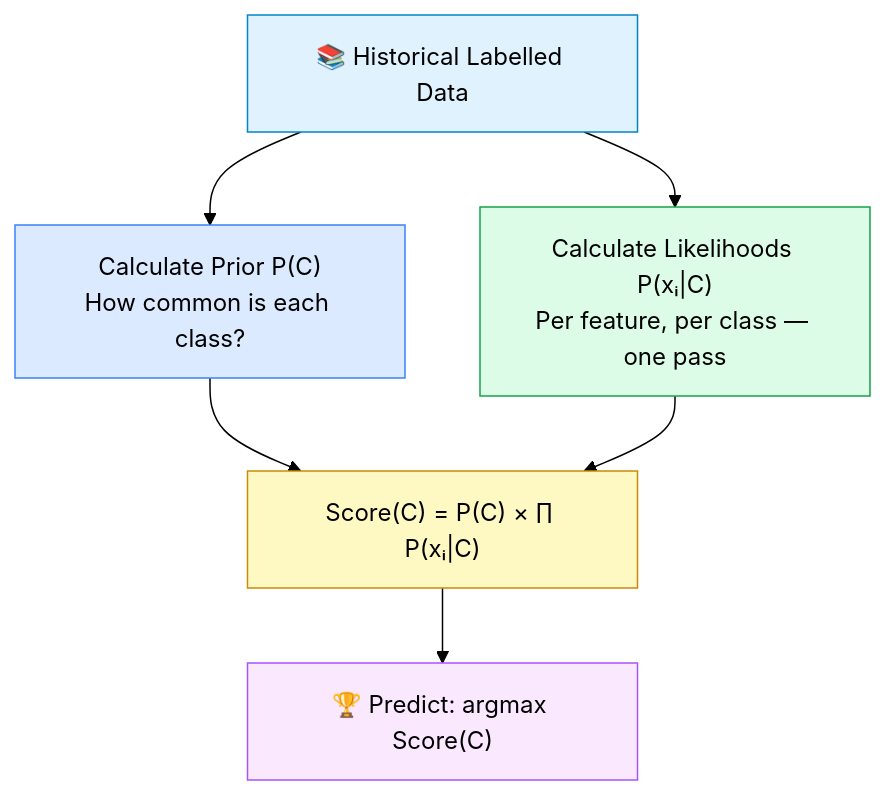
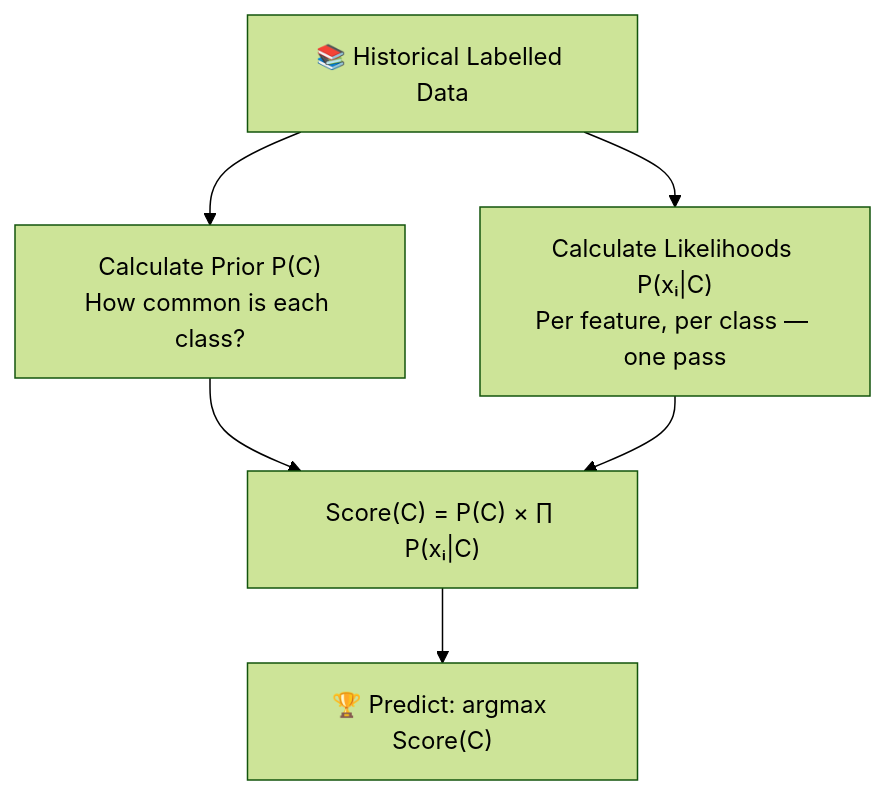
Before and after one commit to UdaySharmaGitHub/Machine-Learning-tutorials: the second of 2 diagrams in 12 Naive Bayes Classifier/Intuition Behind Naive Bayes Classifier.md, drawn with Mermaid (forest theme). The commit also changed other lines of this file and 8 other files, not shown here.

````diff
--- a/12 Naive Bayes Classifier/Intuition Behind Naive Bayes Classifier.md
+++ b/12 Naive Bayes Classifier/Intuition Behind Naive Bayes Classifier.md
@@ -357,14 +367,8 @@
 ```mermaid
 flowchart TD
     A["📚 Historical Labelled Data"] --> B["Calculate Prior P(C)<br/>How common is each class?"]
     A --> C["Calculate Likelihoods P(xᵢ|C)<br/>Per feature, per class — one pass"]
     B --> D["Score(C) = P(C) × ∏ P(xᵢ|C)"]
     C --> D
     D --> E["🏆 Predict: argmax Score(C)"]
-
-    style A fill:#e0f2fe,stroke:#0284c7
-    style B fill:#dbeafe,stroke:#3b82f6
-    style C fill:#dcfce7,stroke:#16a34a
-    style D fill:#fef9c3,stroke:#ca8a04
-    style E fill:#fae8ff,stroke:#a855f7
 ```
````
